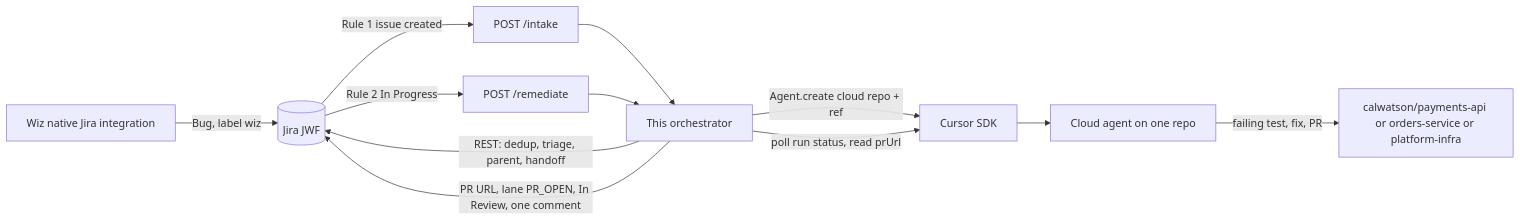
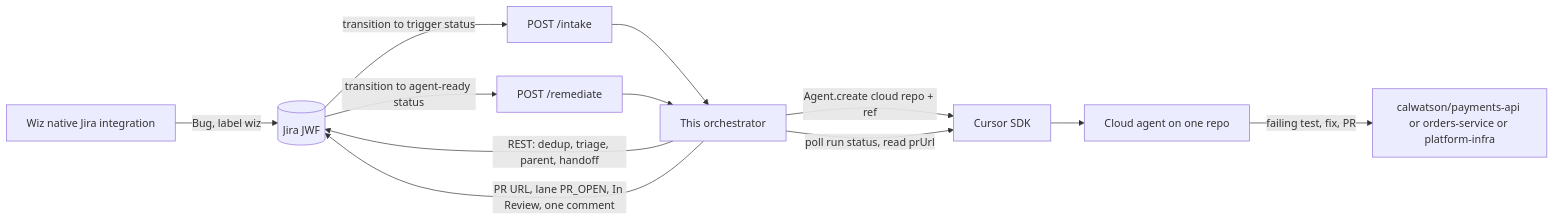
One commit to calwatson/wiz-factory-sdk changed the diagram in README.md. Above: the diagram before and after it, drawn with Mermaid. The commit also changed other lines of this file and 9 other files, not shown here.

First line of the commit message:
Let intake leave the trigger status and configure workflow names. (#4)

````diff
--- a/README.md
+++ b/README.md
@@ -11,14 +11,14 @@
 ```mermaid
 flowchart LR
   Wiz[Wiz native Jira integration] -->|Bug, label wiz| Jira[(Jira JWF)]
-  Jira -->|Rule 1 issue created| Intake[POST /intake]
-  Jira -->|Rule 2 In Progress| Rem[POST /remediate]
+  Jira -->|transition to trigger status| Intake[POST /intake]
+  Jira -->|transition to agent-ready status| Rem[POST /remediate]
   Intake --> Orch[This orchestrator]
   Rem --> Orch
   Orch -->|REST: dedup, triage, parent, handoff| Jira
   Orch -->|Agent.create cloud repo + ref| SDK[Cursor SDK]
   SDK --> Agent[Cloud agent on one repo]
   Agent -->|failing test, fix, PR| GitHub[calwatson/payments-api or orders-service or platform-infra]
   Orch -->|poll run status, read prUrl| SDK
   Orch -->|PR URL, lane PR_OPEN, In Review, one comment| Jira
 ```
````
